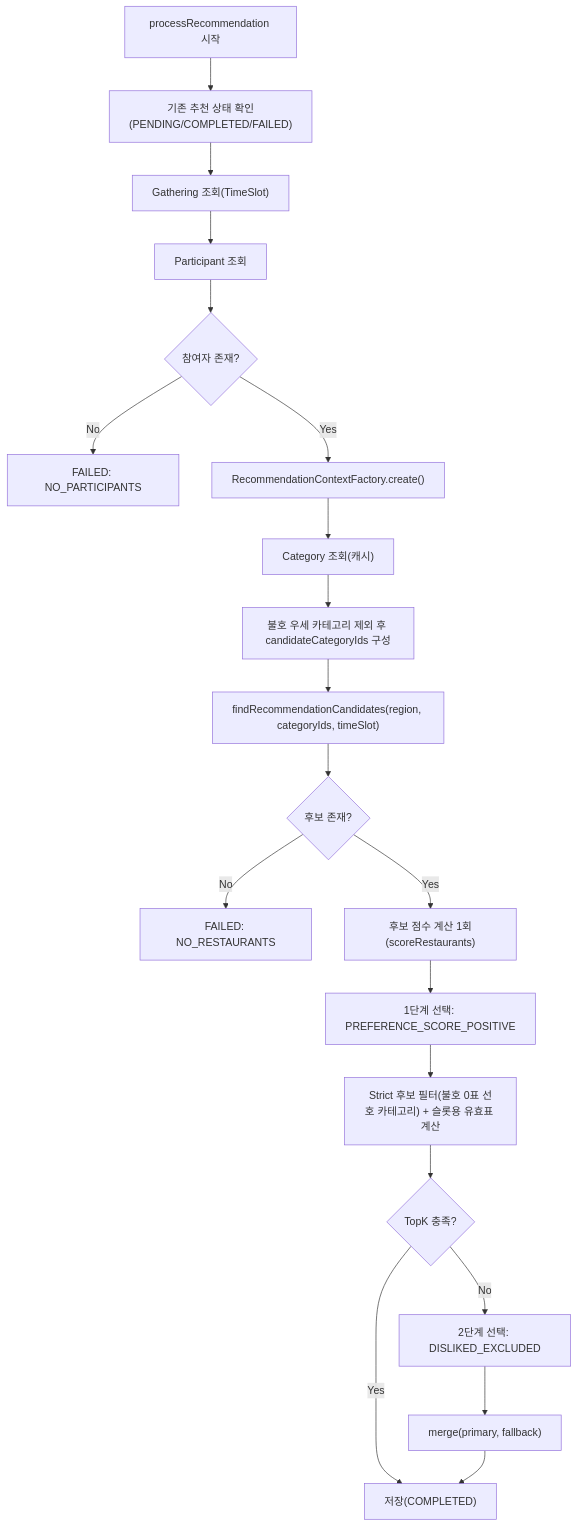
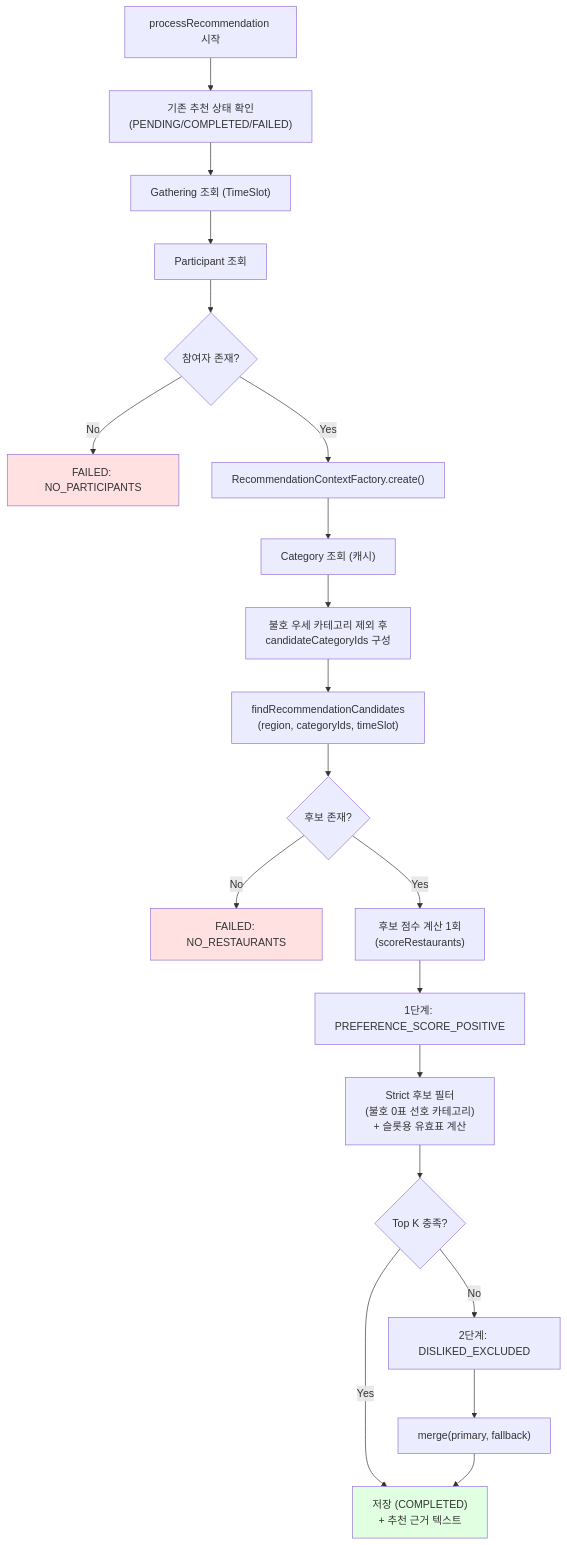
One commit to Nexters/hereeat-server changed the second of 2 diagrams in docs/architecture/recommendation-system.md. Above: the diagram before and after it, drawn with Mermaid. The commit also changed other lines of this file and 17 other files, not shown here.

````diff
--- a/docs/architecture/recommendation-system.md
+++ b/docs/architecture/recommendation-system.md
@@ -35,22 +88,26 @@
 ```mermaid
 flowchart TD
-    A["processRecommendation 시작"] --> B["기존 추천 상태 확인(PENDING/COMPLETED/FAILED)"]
-    B --> C["Gathering 조회(TimeSlot)"]
+    A["processRecommendation 시작"] --> B["기존 추천 상태 확인<br/>(PENDING/COMPLETED/FAILED)"]
+    B --> C["Gathering 조회 (TimeSlot)"]
     C --> D["Participant 조회"]
     D --> E{"참여자 존재?"}
     E -->|No| F["FAILED: NO_PARTICIPANTS"]
     E -->|Yes| G["RecommendationContextFactory.create()"]
-    G --> H["Category 조회(캐시)"]
-    H --> I["불호 우세 카테고리 제외 후 candidateCategoryIds 구성"]
-    I --> J["findRecommendationCandidates(region, categoryIds, timeSlot)"]
+    G --> H["Category 조회 (캐시)"]
+    H --> I["불호 우세 카테고리 제외 후<br/>candidateCategoryIds 구성"]
+    I --> J["findRecommendationCandidates<br/>(region, categoryIds, timeSlot)"]
     J --> K{"후보 존재?"}
     K -->|No| L["FAILED: NO_RESTAURANTS"]
-    K -->|Yes| M["후보 점수 계산 1회(scoreRestaurants)"]
-    M --> N["1단계 선택: PREFERENCE_SCORE_POSITIVE"]
-    N --> N1["Strict 후보 필터(불호 0표 선호 카테고리) + 슬롯용 유효표 계산"]
-    N1 --> O{"TopK 충족?"}
-    O -->|Yes| P["저장(COMPLETED)"]
-    O -->|No| Q["2단계 선택: DISLIKED_EXCLUDED"]
+    K -->|Yes| M["후보 점수 계산 1회<br/>(scoreRestaurants)"]
+    M --> N["1단계: PREFERENCE_SCORE_POSITIVE"]
+    N --> N1["Strict 후보 필터<br/>(불호 0표 선호 카테고리)<br/>+ 슬롯용 유효표 계산"]
+    N1 --> O{"Top K 충족?"}
+    O -->|Yes| P["저장 (COMPLETED)<br/>+ 추천 근거 텍스트"]
+    O -->|No| Q["2단계: DISLIKED_EXCLUDED"]
     Q --> R["merge(primary, fallback)"]
     R --> P
+
+    style F fill:#ffe1e1
+    style L fill:#ffe1e1
+    style P fill:#e1ffe1
 ```
````
